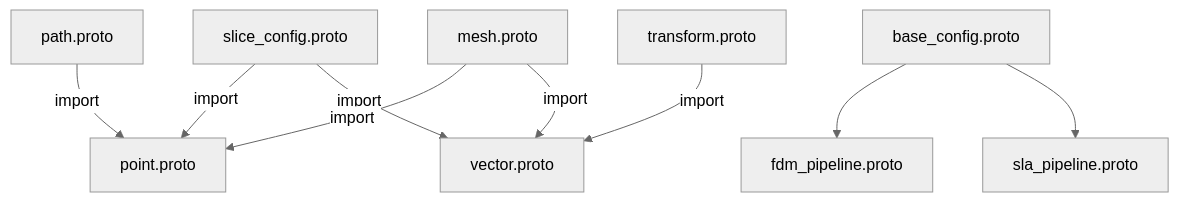
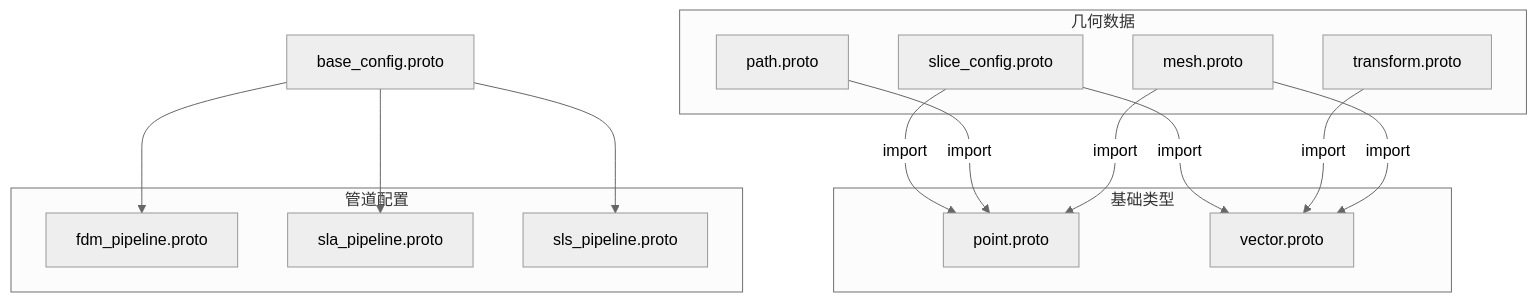
One commit to hsmbanlance/HsBaSlicer changed the first of 10 diagrams in .qoder/repowiki/zh/content/扩展与集成/Protobuf数据交换/Protobuf数据交换.md. Above: the diagram before and after it, drawn with Mermaid (neutral theme). The commit also changed other lines of this file and 19 other files, not shown here.

````diff
--- a/.qoder/repowiki/zh/content/扩展与集成/Protobuf数据交换/Protobuf数据交换.md
+++ b/.qoder/repowiki/zh/content/扩展与集成/Protobuf数据交换/Protobuf数据交换.md
@@ -55,11 +65,27 @@
 ```mermaid
 graph TD
 A[slice_config.proto] --> |import| B[point.proto]
 A --> |import| C[vector.proto]
 D[path.proto] --> |import| B
 E[transform.proto] --> |import| C
 F[mesh.proto] --> |import| B
 F --> |import| C
 G[base_config.proto] --> H[fdm_pipeline.proto]
 G --> I[sla_pipeline.proto]
+G --> J[sls_pipeline.proto]
+subgraph "基础类型"
+B
+C
+end
+subgraph "管道配置"
+H
+I
+J
+end
+subgraph "几何数据"
+A
+D
+E
+F
+end
 ```
````
